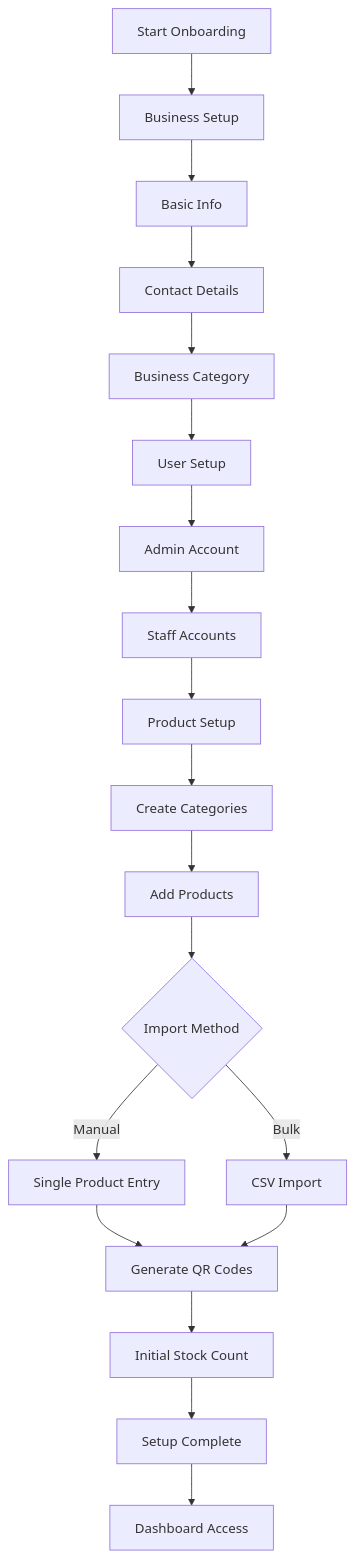
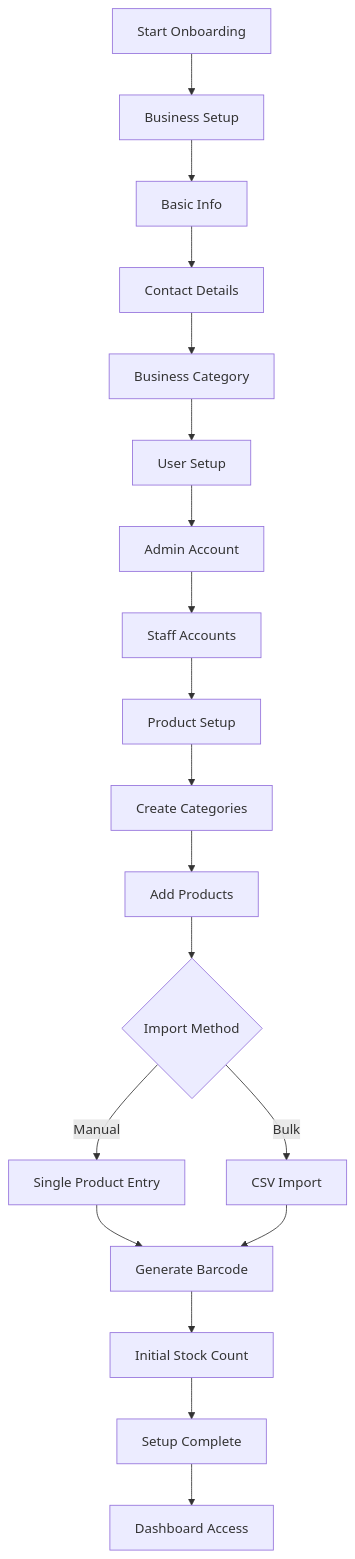
Before and after one commit to PhantomOz/final_year_project: the second of 4 diagrams in README.md, drawn with Mermaid. The commit also changed other lines of this file, not shown here.

````diff
--- a/README.md
+++ b/README.md
@@ -249,28 +249,28 @@
 ```mermaid
 flowchart TD
     A[Start Onboarding] --> B[Business Setup]
     
     B --> C[Basic Info]
     C --> D[Contact Details]
     D --> E[Business Category]
     
     E --> F[User Setup]
     F --> G[Admin Account]
     G --> H[Staff Accounts]
     
     H --> I[Product Setup]
     I --> J[Create Categories]
     J --> K[Add Products]
     
     K --> L{Import Method}
     L -->|Manual| M[Single Product Entry]
     L -->|Bulk| N[CSV Import]
     
-    M --> O[Generate QR Codes]
+    M --> O[Generate Barcode]
     N --> O
     
     O --> P[Initial Stock Count]
     P --> Q[Setup Complete]
     
     Q --> R[Dashboard Access]
 ```
````
